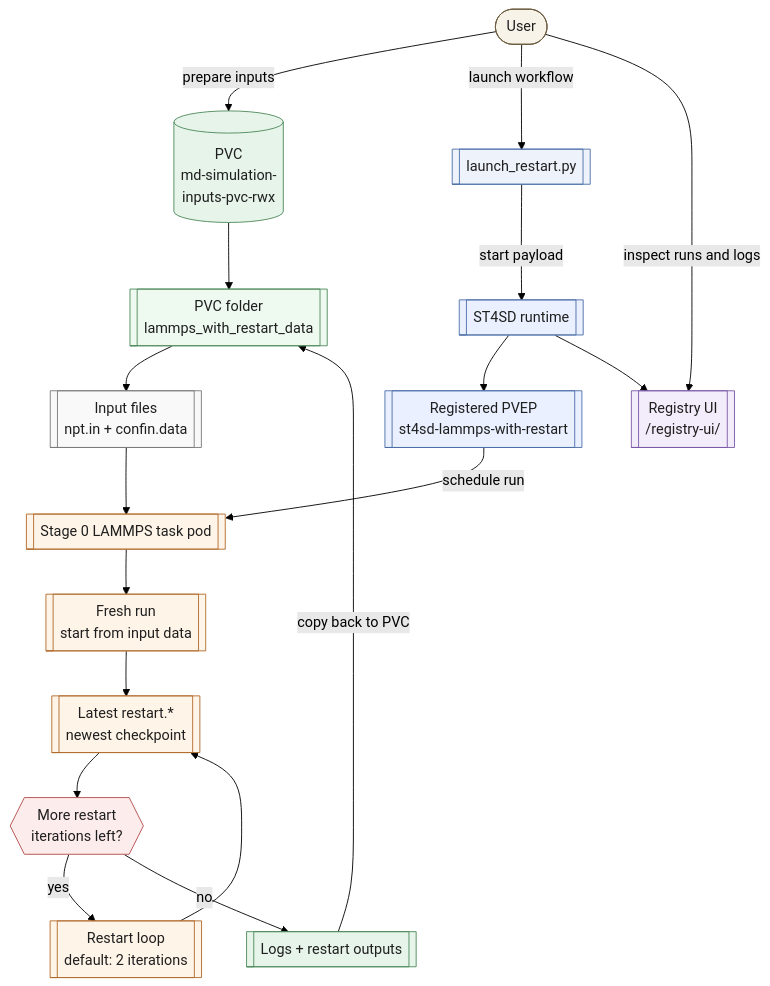
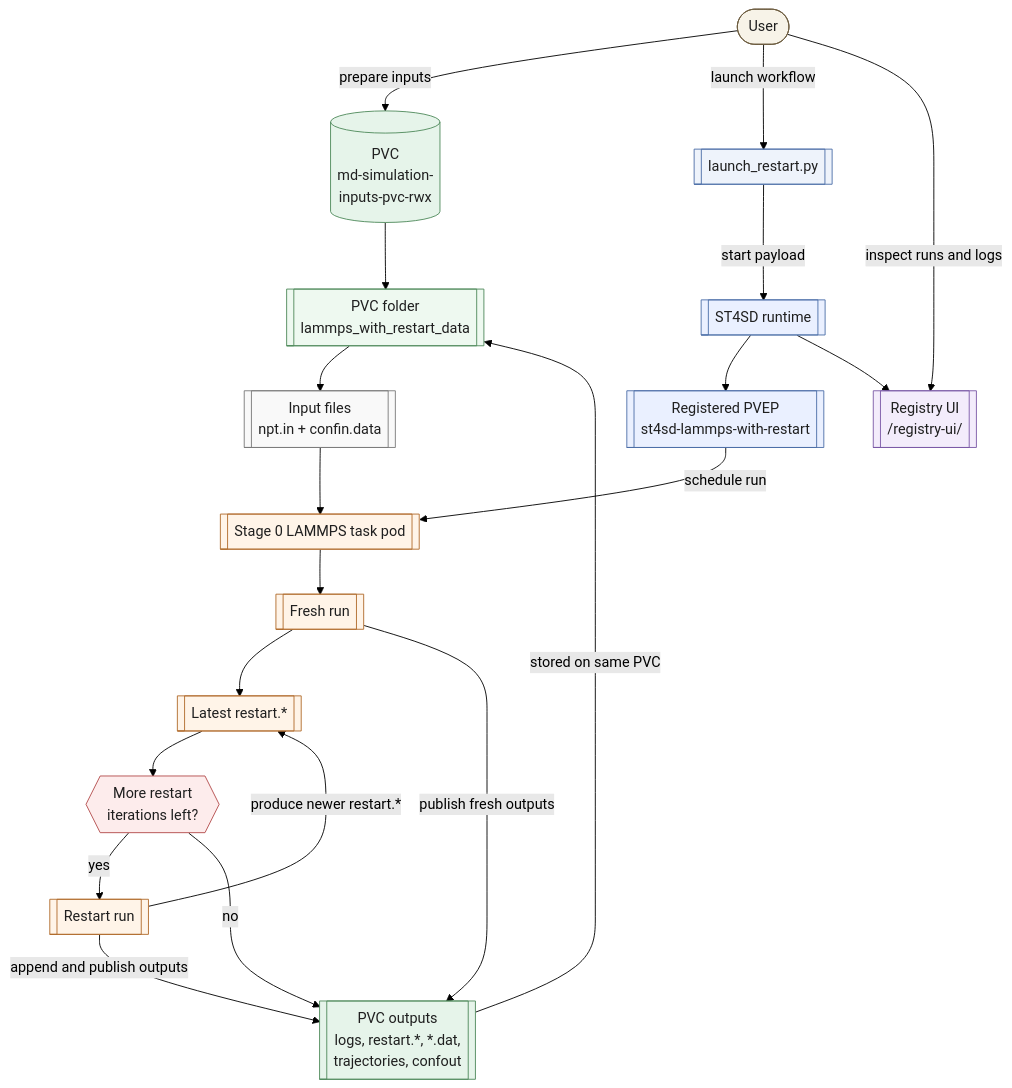
One commit to ashkurti/st4sd-lammps-with-restart changed the diagram in README.md. Above: the diagram before and after it, drawn with Mermaid (forest theme). The commit also changed other lines of this file, not shown here.

Commit message:
Update restart workflow outputs and reorganize documentation

````diff
--- a/README.md
+++ b/README.md
@@ -84,50 +98,52 @@
 ```mermaid
 flowchart TD
     U([User])
     P[(PVC<br/>md-simulation-<br/>inputs-pvc-rwx)]
     F[[PVC folder<br/>lammps_with_restart_data]]
     L[[launch_restart.py]]
     R[[ST4SD runtime]]
     V[[Registered PVEP<br/>st4sd-lammps-with-restart]]
     T[[Stage 0 LAMMPS task pod]]
     I[[Input files<br/>npt.in + confin.data]]
-    G[[Fresh run<br/>start from input data]]
-    S[[Latest restart.*<br/>newest checkpoint]]
-    RI[[Restart loop<br/>default: 2 iterations]]
+    G[[Fresh run]]
+    S[[Latest restart.*]]
     C{{More restart<br/>iterations left?}}
-    O[[Logs + restart outputs]]
+    RI[[Restart run]]
+    O[[PVC outputs<br/>logs, restart.*, *.dat,<br/>trajectories, confout]]
     UI[[Registry UI<br/>/registry-ui/]]
 
     U -->|prepare inputs| P
     P --> F
     F --> I
     U -->|launch workflow| L
     L -->|start payload| R
     R --> V
     V -->|schedule run| T
     I --> T
     T --> G
     G --> S
     S --> C
     C -->|yes| RI
-    RI --> S
+    RI -->|produce newer restart.*| S
     C -->|no| O
-    O -->|copy back to PVC| F
+    G -->|publish fresh outputs| O
+    RI -->|append and publish outputs| O
+    O -->|stored on same PVC| F
     R --> UI
     U -->|inspect runs and logs| UI
 
     style U fill:#f7f3e8,stroke:#6b5b3e,color:#1f1f1f
     style P fill:#e6f4ea,stroke:#4f8a5b,color:#1f1f1f
     style F fill:#eef9f0,stroke:#4f8a5b,color:#1f1f1f
     style L fill:#eef3fb,stroke:#4b6ea8,color:#1f1f1f
     style R fill:#eaf0ff,stroke:#4b6ea8,color:#1f1f1f
     style V fill:#eaf0ff,stroke:#4b6ea8,color:#1f1f1f
     style T fill:#fff4e8,stroke:#b06a2b,color:#1f1f1f
     style I fill:#f9f9f9,stroke:#7a7a7a,color:#1f1f1f
     style G fill:#fff4e8,stroke:#b06a2b,color:#1f1f1f
     style S fill:#fff4e8,stroke:#b06a2b,color:#1f1f1f
+    style C fill:#fdecec,stroke:#b34a4a,color:#1f1f1f
     style RI fill:#fff4e8,stroke:#b06a2b,color:#1f1f1f
-    style C fill:#fdecec,stroke:#b34a4a,color:#1f1f1f
     style O fill:#e6f4ea,stroke:#4f8a5b,color:#1f1f1f
     style UI fill:#f3ecfb,stroke:#7b58a6,color:#1f1f1f
 ```
````
